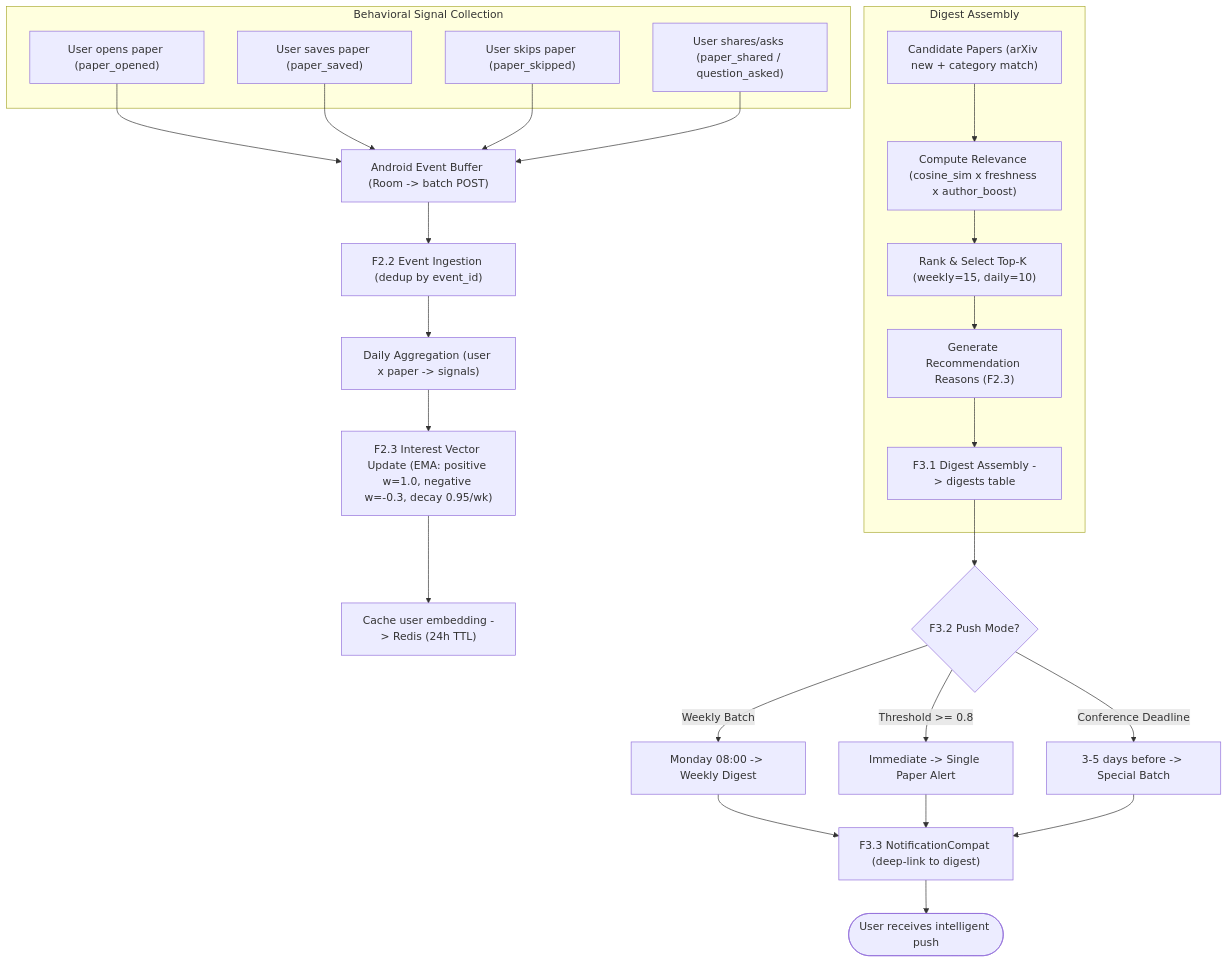
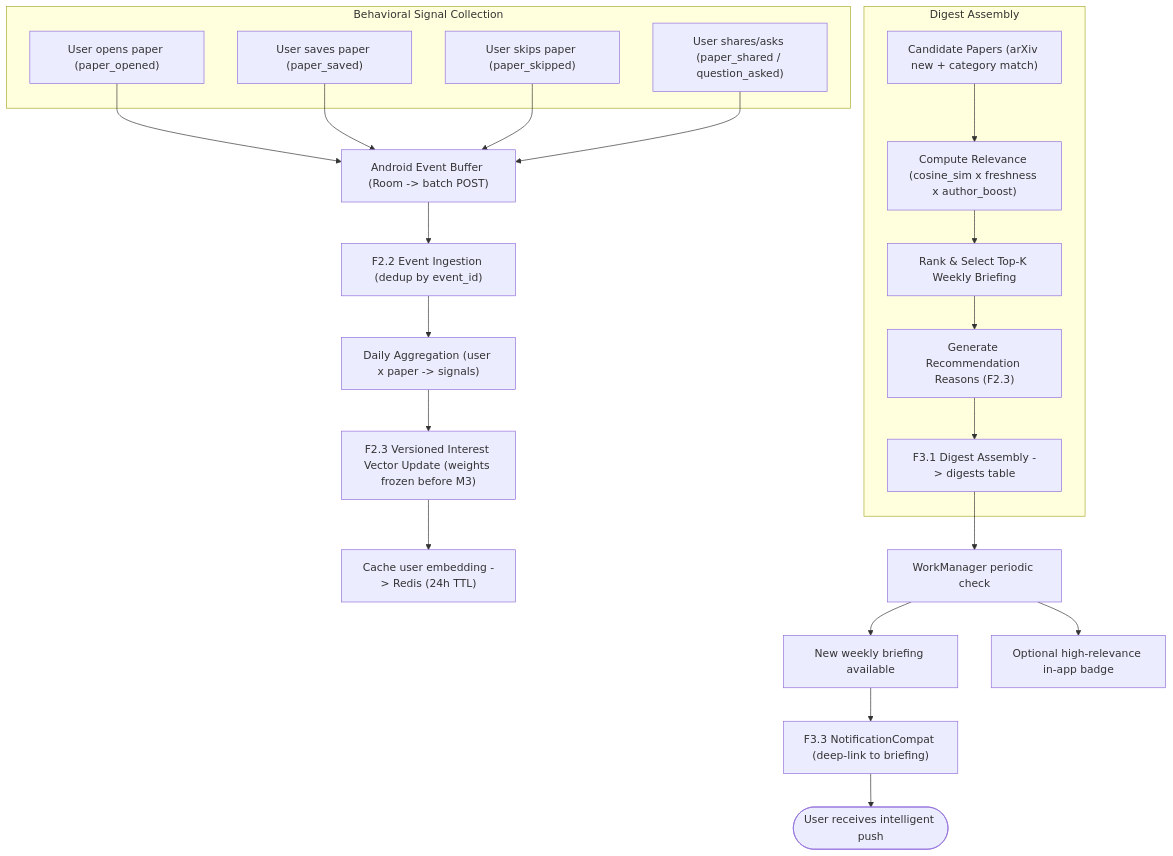
The third of 4 diagrams in README.md (YUcxovo/MNEME), drawn with Mermaid before and after one commit. The commit also changed other lines of this file, not shown here.

````diff
--- a/README.md
+++ b/README.md
@@ -301,45 +312,42 @@
 ```mermaid
 flowchart TD
     subgraph Signal["Behavioral Signal Collection"]
         E1["User opens paper (paper_opened)"]
         E2["User saves paper (paper_saved)"]
         E3["User skips paper (paper_skipped)"]
         E4["User shares/asks (paper_shared / question_asked)"]
     end
 
     E1 --> QUEUE["Android Event Buffer (Room -> batch POST)"]
     E2 --> QUEUE
     E3 --> QUEUE
     E4 --> QUEUE
 
     QUEUE --> INGEST["F2.2 Event Ingestion (dedup by event_id)"]
     INGEST --> AGG["Daily Aggregation (user x paper -> signals)"]
 
-    AGG --> UPDATE["F2.3 Interest Vector Update (EMA: positive w=1.0, negative w=-0.3, decay 0.95/wk)"]
+    AGG --> UPDATE["F2.3 Versioned Interest Vector Update (weights frozen before M3)"]
 
     UPDATE --> CACHE["Cache user embedding -> Redis (24h TTL)"]
 
     subgraph Digest["Digest Assembly"]
         CANDIDATES["Candidate Papers (arXiv new + category match)"]
         SCORE["Compute Relevance (cosine_sim x freshness x author_boost)"]
-        RANK["Rank & Select Top-K (weekly=15, daily=10)"]
+        RANK["Rank & Select Top-K Weekly Briefing"]
         REASONS["Generate Recommendation Reasons (F2.3)"]
         ASSEMBLE["F3.1 Digest Assembly -> digests table"]
     end
 
     CANDIDATES --> SCORE
     SCORE --> RANK
     RANK --> REASONS
     REASONS --> ASSEMBLE
 
-    ASSEMBLE --> PUSH{"F3.2 Push Mode?"}
-    PUSH -->|"Weekly Batch"| NOTIF_W["Monday 08:00 -> Weekly Digest"]
-    PUSH -->|"Threshold >= 0.8"| NOTIF_T["Immediate -> Single Paper Alert"]
-    PUSH -->|"Conference Deadline"| NOTIF_C["3-5 days before -> Special Batch"]
+    ASSEMBLE --> POLL["WorkManager periodic check"]
+    POLL --> NOTIF_W["New weekly briefing available"]
+    POLL --> BADGE["Optional high-relevance in-app badge"]
 
-    NOTIF_W --> ANDROID_N["F3.3 NotificationCompat (deep-link to digest)"]
-    NOTIF_T --> ANDROID_N
-    NOTIF_C --> ANDROID_N
+    NOTIF_W --> ANDROID_N["F3.3 NotificationCompat (deep-link to briefing)"]
 
     ANDROID_N --> USER(["User receives intelligent push"])
 ```
````
